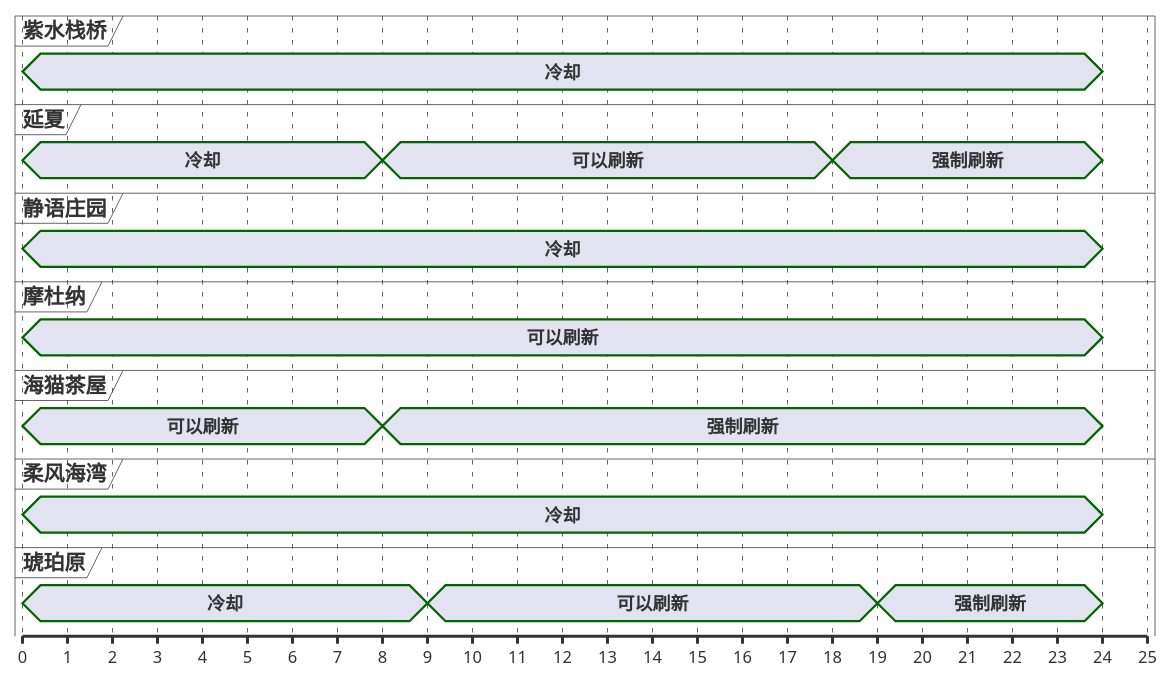
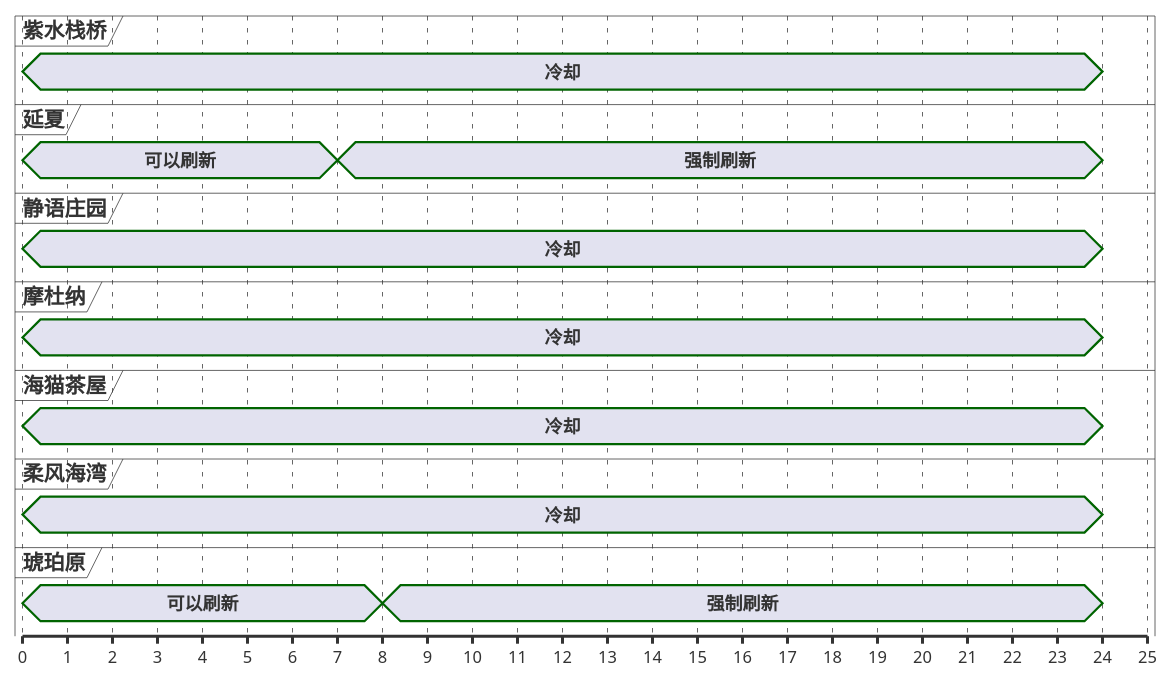
The third of 13 diagrams in ffxiv/hunt/2.0/Nunyunuwi.md (Eroleice/doc-pi), drawn with PlantUML before and after one commit. The commit also changed other lines of this file and 38 other files, not shown here.

````diff
--- a/ffxiv/hunt/2.0/Nunyunuwi.md
+++ b/ffxiv/hunt/2.0/Nunyunuwi.md
@@ -139,48 +130,44 @@
 ```plantuml
 @startuml
 scale 1 as 30 pixels
 
 concise 紫水栈桥
 concise 延夏
 concise 静语庄园
 concise 摩杜纳
 concise 海猫茶屋
 concise 柔风海湾
 concise 琥珀原
 
-@摩杜纳
+@延夏
 0 is 可以刷新
-0 is 强制刷新
-24 is {hidden}
-
-@海猫茶屋
-0 is 可以刷新
-8 is 强制刷新
-24 is {hidden}
-
-@延夏
-0 is 冷却
-8 is 可以刷新
-18 is 强制刷新
+7 is 强制刷新
 24 is {hidden}
 
 @琥珀原
-0 is 冷却
-9 is 可以刷新
-19 is 强制刷新
+0 is 可以刷新
+8 is 强制刷新
 24 is {hidden}
 
 @紫水栈桥
 0 is 冷却
 24 is {hidden}
 
 @静语庄园
 0 is 冷却
 24 is {hidden}
 
 @柔风海湾
 0 is 冷却
 24 is {hidden}
 
+@摩杜纳
+0 is 冷却
+24 is {hidden}
+
+@海猫茶屋
+0 is 冷却
+24 is {hidden}
+
 @enduml
 ```
````
